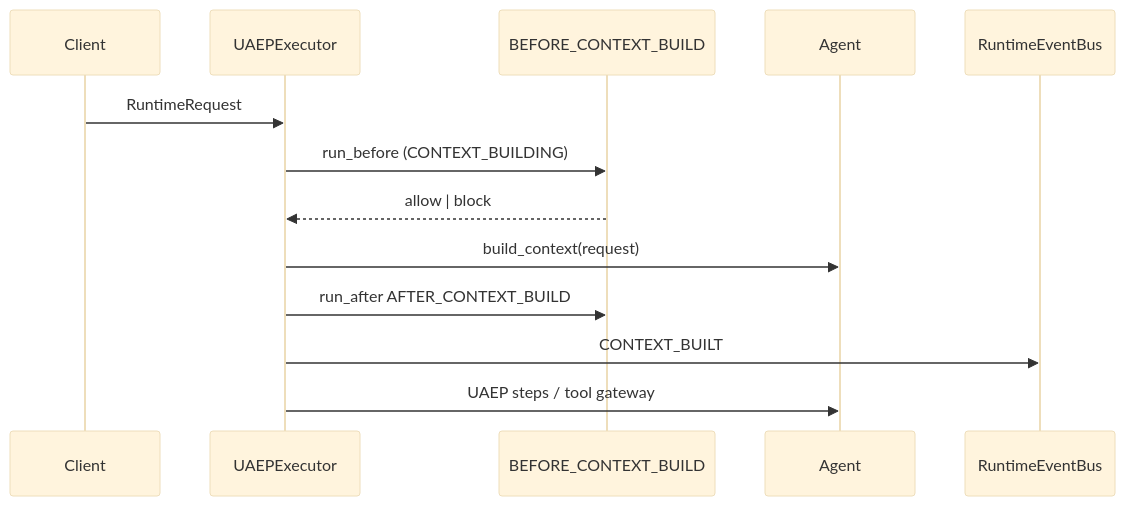
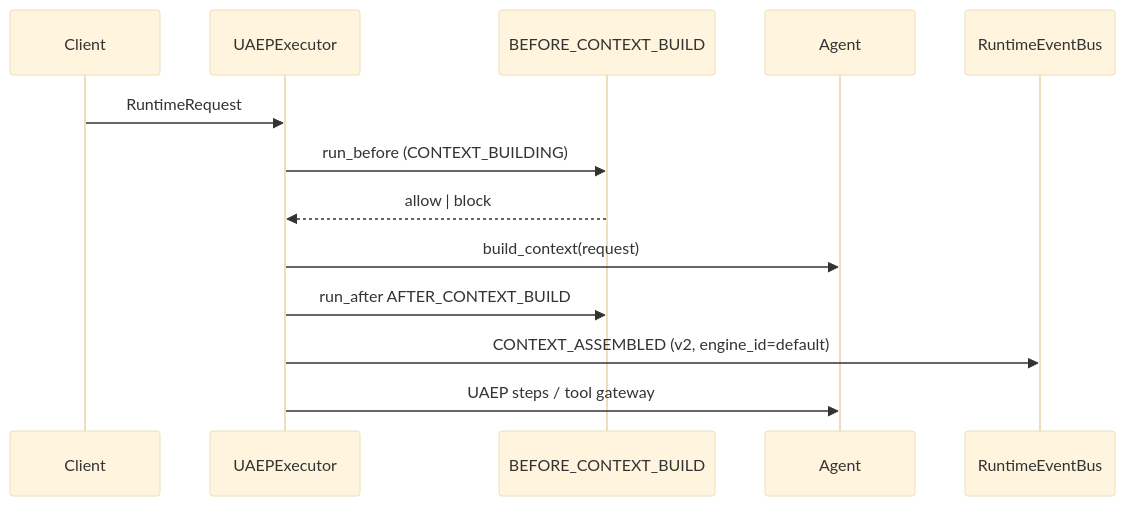
One commit to jakbuczarnecki/intergrax changed the first of 3 diagrams in docs/architecture/CONTEXT_ENGINEERING.md. Above: the diagram before and after it, drawn with Mermaid (base theme). The commit also changed other lines of this file and 5 other files, not shown here.

Commit message:
docs(ce): sync architecture canon with CE-EXT S0–S12 implementation (CE-DOC.8)

````diff
--- a/docs/architecture/CONTEXT_ENGINEERING.md
+++ b/docs/architecture/CONTEXT_ENGINEERING.md
@@ -381,16 +379,16 @@
 ```mermaid
 sequenceDiagram
     participant Client
     participant UAEP as UAEPExecutor
     participant Hook as BEFORE_CONTEXT_BUILD
     participant Agent
     participant Bus as RuntimeEventBus
 
     Client->>UAEP: RuntimeRequest
     UAEP->>Hook: run_before (CONTEXT_BUILDING)
     Hook-->>UAEP: allow | block
     UAEP->>Agent: build_context(request)
     UAEP->>Hook: run_after AFTER_CONTEXT_BUILD
-    UAEP->>Bus: CONTEXT_BUILT
+    UAEP->>Bus: CONTEXT_ASSEMBLED (v2, engine_id=default)
     UAEP->>Agent: UAEP steps / tool gateway
 ```
````
